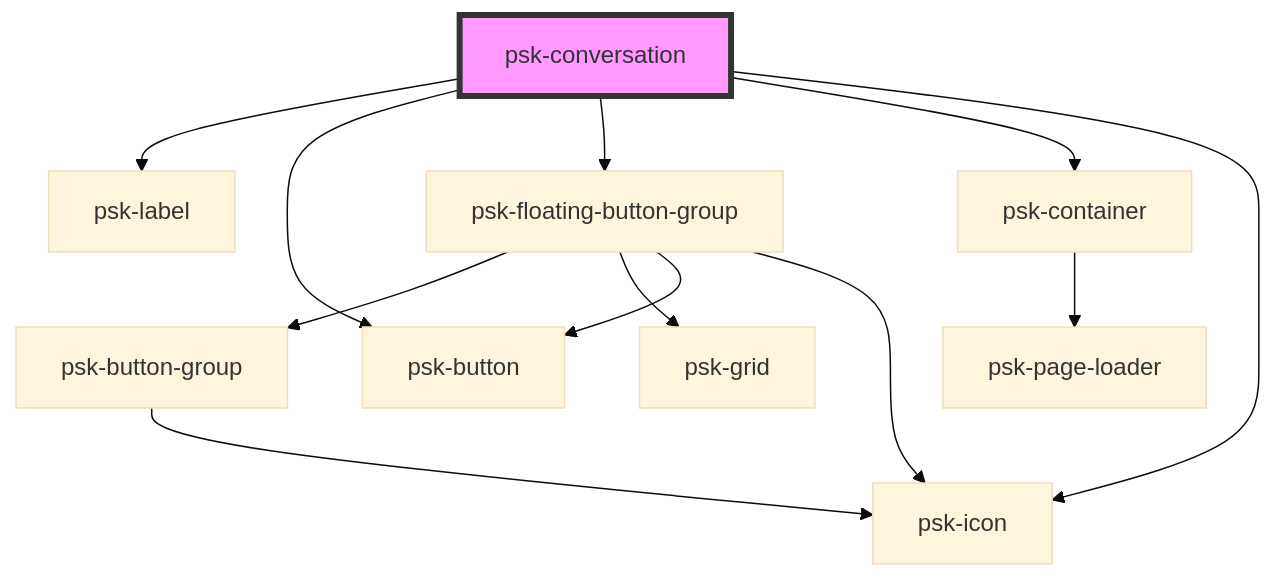
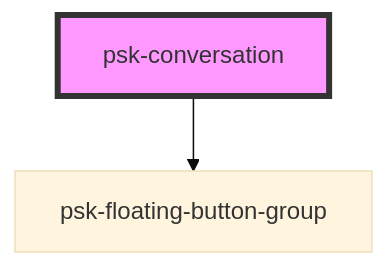
The diagram in src/components/psk-conversation/readme.md (daniel-visoiu/cardinal-conversational), drawn with Mermaid (base theme) before and after one commit. The commit also changed other lines of this file and 6 other files, not shown here.

````diff
--- a/src/components/psk-conversation/readme.md
+++ b/src/components/psk-conversation/readme.md
@@ -26,15 +22,5 @@
 ```mermaid
 graph TD;
-  psk-conversation --> psk-label
-  psk-conversation --> psk-button
   psk-conversation --> psk-floating-button-group
-  psk-conversation --> psk-container
-  psk-conversation --> psk-icon
-  psk-floating-button-group --> psk-button-group
-  psk-floating-button-group --> psk-grid
-  psk-floating-button-group --> psk-button
-  psk-floating-button-group --> psk-icon
-  psk-button-group --> psk-icon
-  psk-container --> psk-page-loader
   style psk-conversation fill:#f9f,stroke:#333,stroke-width:4px
 ```
````
